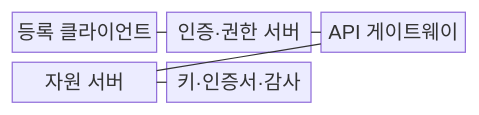
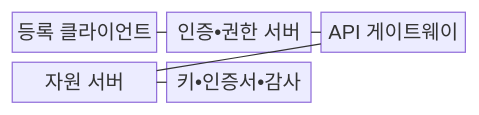
One commit to agnusdei1207/knowledge-base changed the first of 2 diagrams in src/content/docs/notes/05-security/053_secure_api_design.md. Above: the diagram before and after it, drawn with Mermaid. The commit also changed other lines of this file and 953 other files, not shown here.

````diff
--- a/src/content/docs/notes/05-security/053_secure_api_design.md
+++ b/src/content/docs/notes/05-security/053_secure_api_design.md
@@ -63,13 +63,13 @@
 ```mermaid
 block-beta
   columns 3
   A["등록 클라이언트"]
-  B["인증·권한 서버"]
+  B["인증•권한 서버"]
   C["API 게이트웨이"]
   D["자원 서버"]
-  E["키·인증서·감사"]
+  E["키•인증서•감사"]
     A --- B
     B --- C
     C --- D
     D --- E
 ```
````
